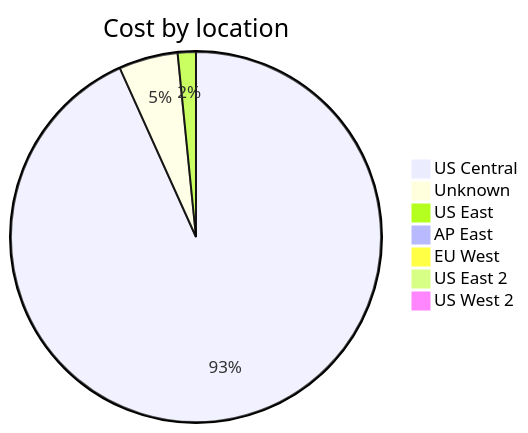
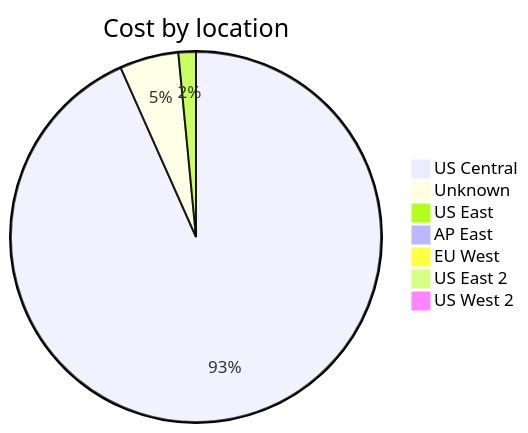
One commit to jpfulton/azure-personal-reports changed the third of 4 diagrams in cost-reports/accumulated-cost.md. Above: the diagram before and after it, drawn with Mermaid. The commit also changed other lines of this file and 4 other files, not shown here.

````diff
--- a/cost-reports/accumulated-cost.md
+++ b/cost-reports/accumulated-cost.md
@@ -123,11 +123,11 @@
 ```mermaid
 pie
    title Cost by location
-   "US Central" : 4.70
-   "Unknown" : 0.26
+   "US Central" : 4.90
+   "Unknown" : 0.27
    "US East" : 0.08
    "AP East" : 0.00
    "EU West" : 0.00
    "US East 2" : 0.00
    "US West 2" : 0.00
 ```
````
